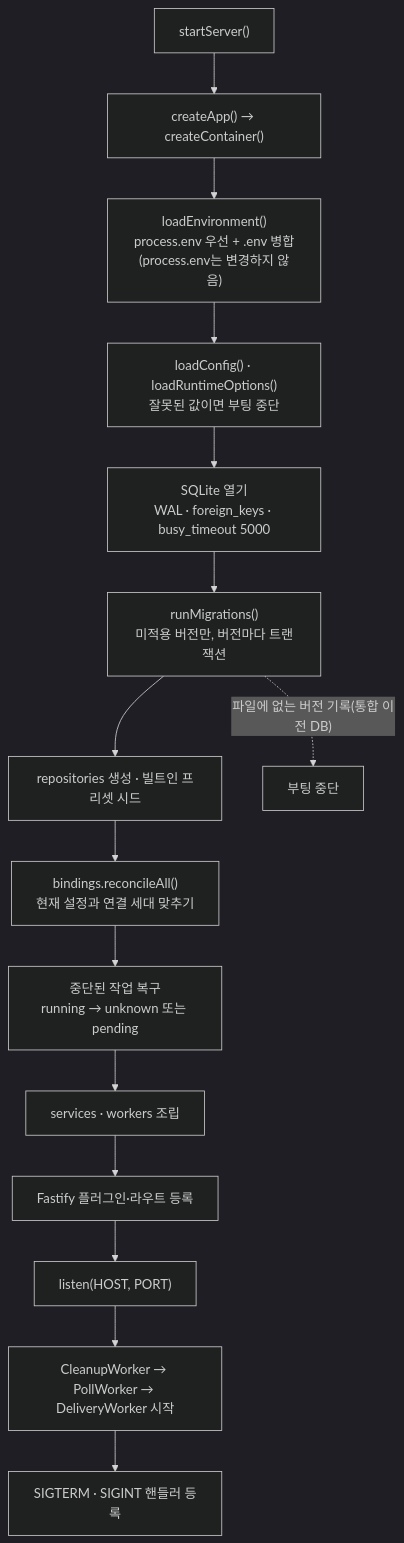
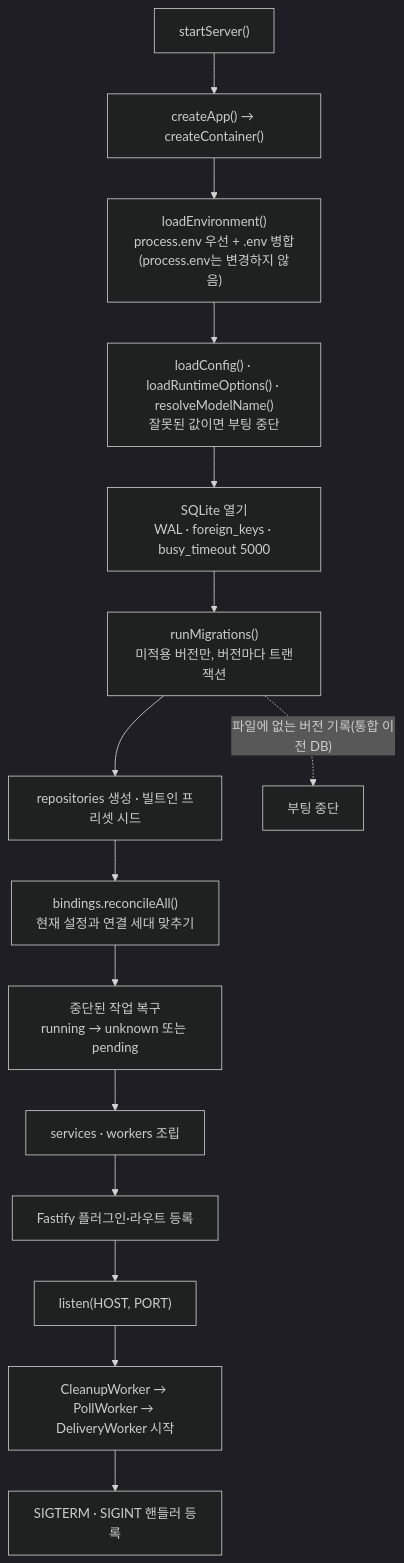
The fourth of 10 diagrams in Docs/architecture.md (Genticca/Private-RSS-Delivery), drawn with Mermaid (dark theme) before and after one commit. The commit also changed other lines of this file and 47 other files, not shown here.

````diff
--- a/Docs/architecture.md
+++ b/Docs/architecture.md
@@ -121,17 +123,17 @@
 ```mermaid
 flowchart TD
   A["startServer()"] --> B["createApp() → createContainer()"]
   B --> C["loadEnvironment()<br/>process.env 우선 + .env 병합(process.env는 변경하지 않음)"]
-  C --> D["loadConfig() · loadRuntimeOptions()<br/>잘못된 값이면 부팅 중단"]
+  C --> D["loadConfig() · loadRuntimeOptions() · resolveModelName()<br/>잘못된 값이면 부팅 중단"]
   D --> E["SQLite 열기<br/>WAL · foreign_keys · busy_timeout 5000"]
   E --> F["runMigrations()<br/>미적용 버전만, 버전마다 트랜잭션"]
   F --> G["repositories 생성 · 빌트인 프리셋 시드"]
   F -.->|"파일에 없는 버전 기록(통합 이전 DB)"| X["부팅 중단"]
   G --> H["bindings.reconcileAll()<br/>현재 설정과 연결 세대 맞추기"]
   H --> I["중단된 작업 복구<br/>running → unknown 또는 pending"]
   I --> J["services · workers 조립"]
   J --> K["Fastify 플러그인·라우트 등록"]
   K --> L["listen(HOST, PORT)"]
   L --> M["CleanupWorker → PollWorker → DeliveryWorker 시작"]
   M --> N["SIGTERM · SIGINT 핸들러 등록"]
 ```
````
